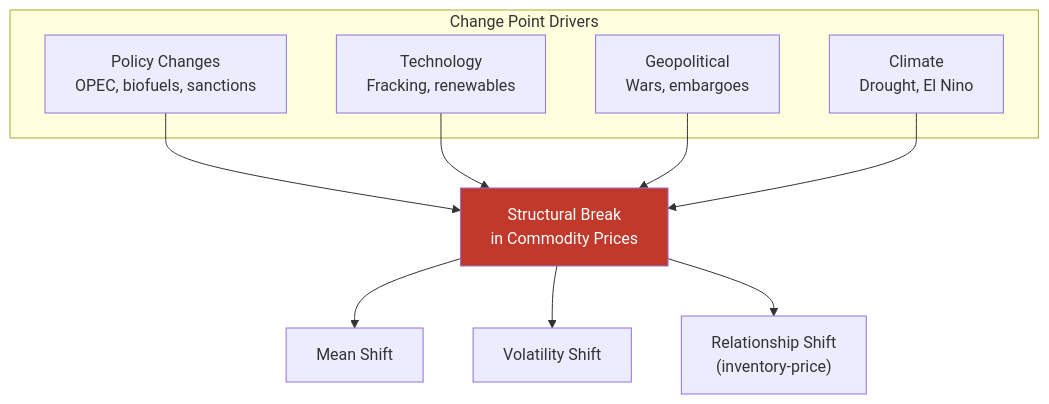
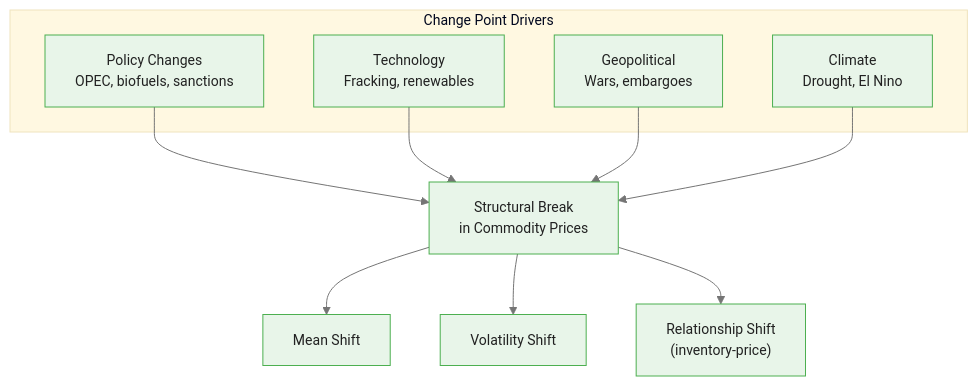
Before and after one commit to m-deane/course-creator: the first of 3 diagrams in courses/bayesian-commodity-forecasting/modules/module_07_regime_switching/guides/02_change_point_detection_slides.md, drawn with Mermaid. The commit also changed other lines of this file and 104 other files, not shown here.

````diff
--- a/courses/bayesian-commodity-forecasting/modules/module_07_regime_switching/guides/02_change_point_detection_slides.md
+++ b/courses/bayesian-commodity-forecasting/modules/module_07_regime_switching/guides/02_change_point_detection_slides.md
@@ -41,17 +49,17 @@
 ```mermaid
+%%{init: {"theme": "base", "themeVariables": {"primaryColor": "#e8f5e9", "primaryBorderColor": "#4caf50", "primaryTextColor": "#212121", "secondaryColor": "#e3f2fd", "tertiaryColor": "#fff8e1", "lineColor": "#757575", "fontFamily": "Inter, sans-serif", "fontSize": "14px"}}}%%
 flowchart TD
     subgraph Drivers["Change Point Drivers"]
         POL["Policy Changes\nOPEC, biofuels, sanctions"]
         TECH["Technology\nFracking, renewables"]
         GEO["Geopolitical\nWars, embargoes"]
         CLIM["Climate\nDrought, El Nino"]
     end
     POL --> CP["Structural Break\nin Commodity Prices"]
     TECH --> CP
     GEO --> CP
     CLIM --> CP
     CP --> MEAN["Mean Shift"]
     CP --> VOL["Volatility Shift"]
     CP --> REL["Relationship Shift\n(inventory-price)"]
-    style CP fill:#c0392b,color:#fff
 ```
````
